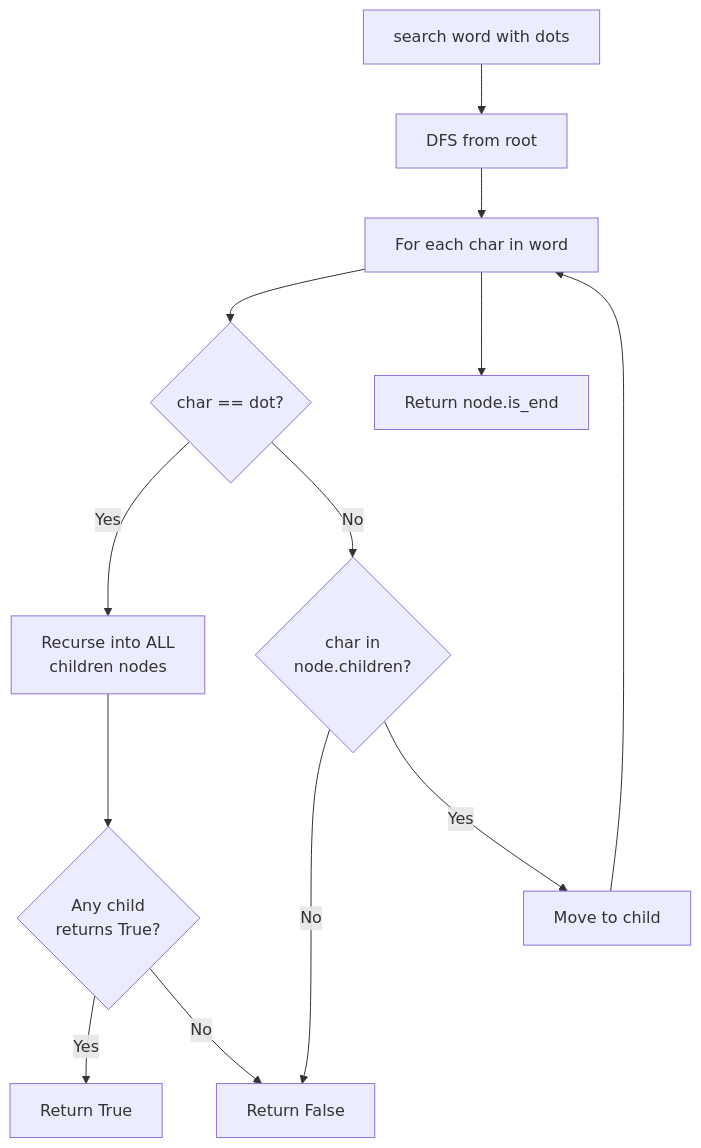
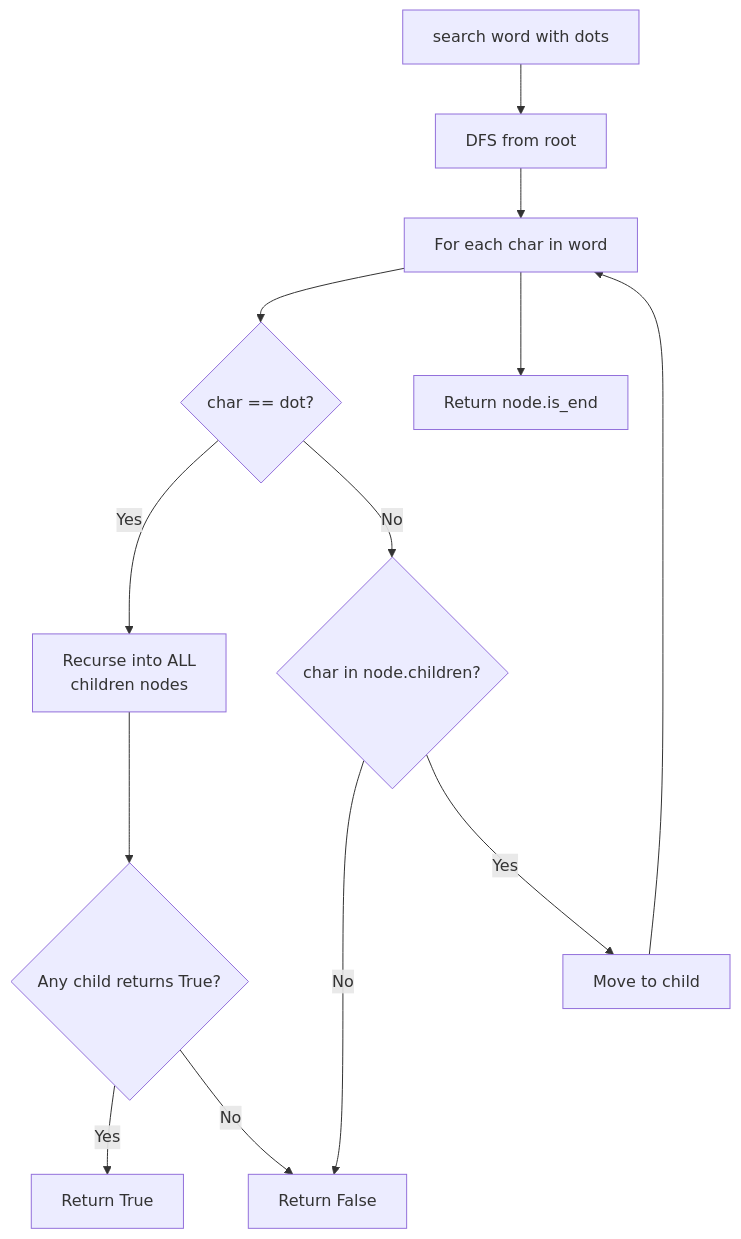
Before and after one commit to deepanshu-rawat6/AlgoAtlas: the fourth of 7 diagrams in tries/README.md, drawn with Mermaid. The commit also changed other lines of this file and 43 other files, not shown here.

````diff
--- a/tries/README.md
+++ b/tries/README.md
@@ -65,15 +65,15 @@
 ```mermaid
 flowchart TD
     A[search word with dots] --> B[DFS from root]
     B --> C[For each char in word]
-    C --> D{char == dot?}
+    C --> D{"char == dot?"}
     D -- Yes --> E[Recurse into ALL<br>children nodes]
-    D -- No --> F{char in<br>node.children?}
+    D -- No --> F{"char in node.children?"}
     F -- No --> G[Return False]
     F -- Yes --> H[Move to child]
-    E --> I{Any child<br>returns True?}
+    E --> I{"Any child returns True?"}
     I -- Yes --> J[Return True]
     I -- No --> G
     H --> C
     C --> K[Return node.is_end]
 ```
````
